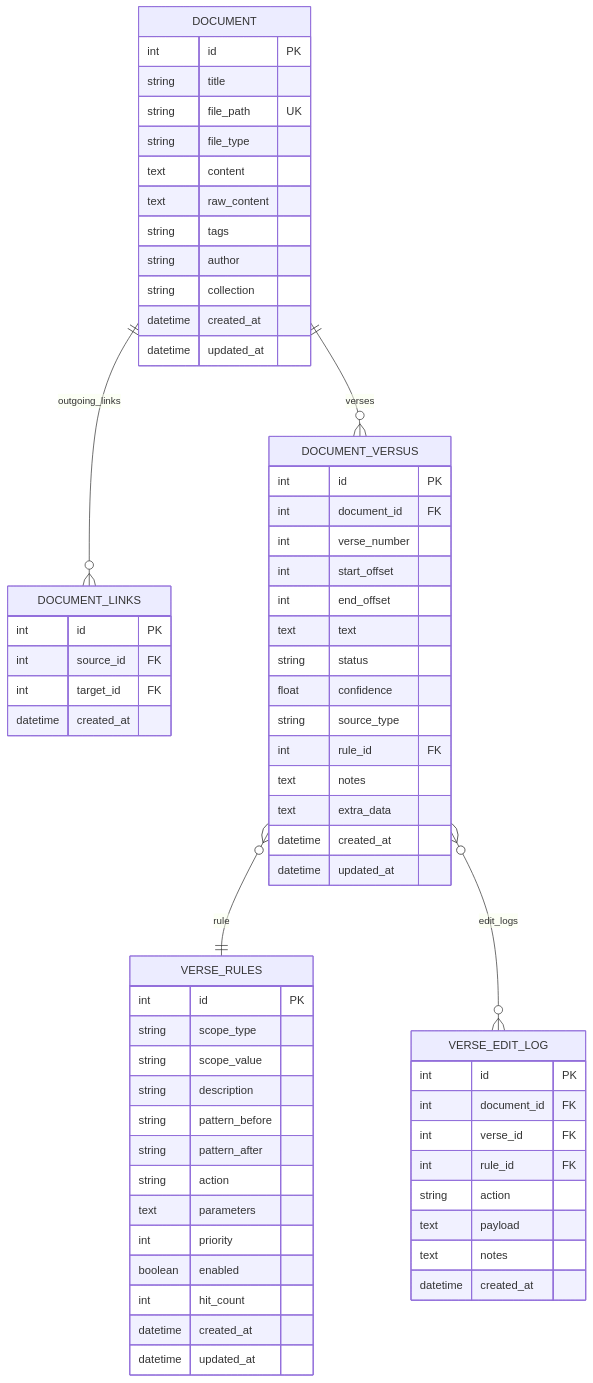
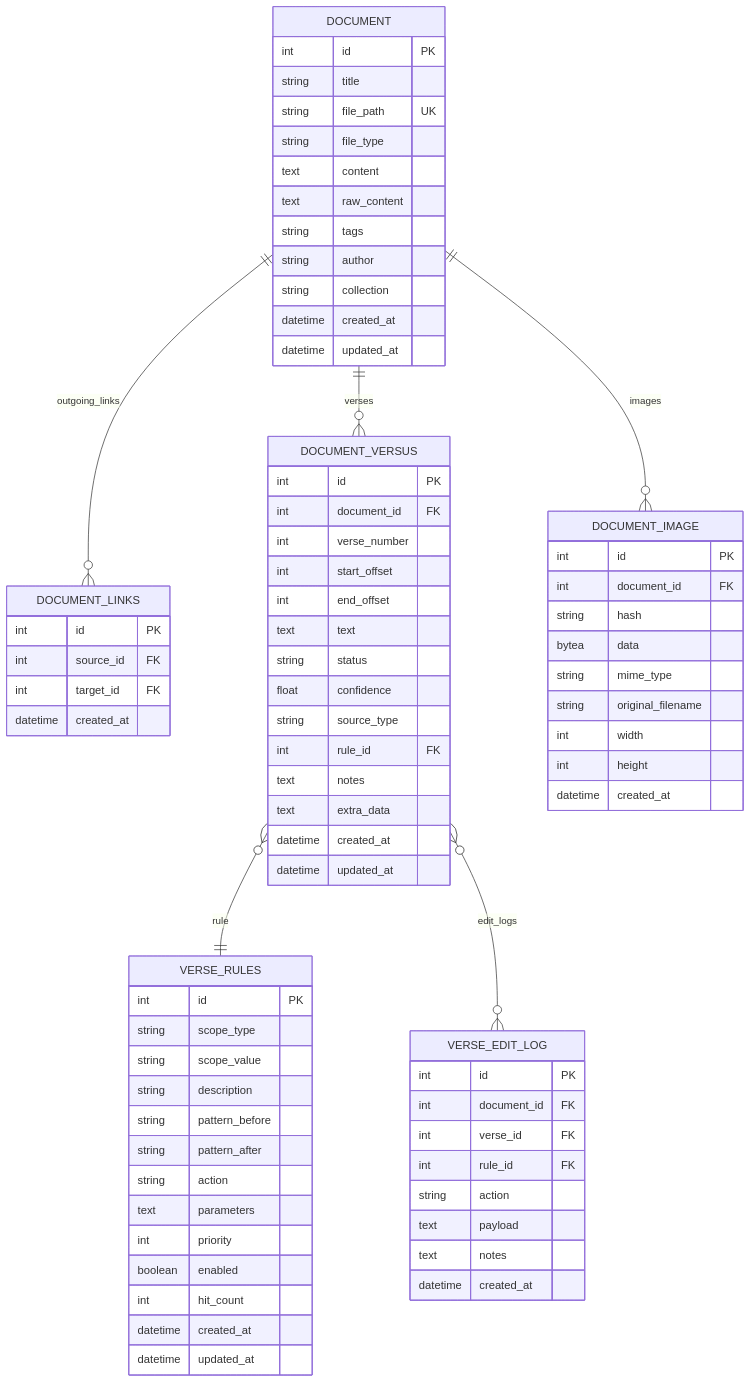
Before and after one commit to TheDaniel166/IsopGem: the eighth of 12 diagrams in .qoder/repowiki/en/content/Architecture Overview/Pillar-Based Architecture/Document Manager Pillar/Document Editing System.md, drawn with Mermaid. The commit also changed other lines of this file and 36 other files, not shown here.

````diff
--- a/.qoder/repowiki/en/content/Architecture Overview/Pillar-Based Architecture/Document Manager Pillar/Document Editing System.md
+++ b/.qoder/repowiki/en/content/Architecture Overview/Pillar-Based Architecture/Document Manager Pillar/Document Editing System.md
@@ -361,67 +377,79 @@
 ```mermaid
 erDiagram
 DOCUMENT {
 int id PK
 string title
 string file_path UK
 string file_type
 text content
 text raw_content
 string tags
 string author
 string collection
 datetime created_at
 datetime updated_at
 }
 DOCUMENT_LINKS {
 int id PK
 int source_id FK
 int target_id FK
 datetime created_at
 }
 DOCUMENT_VERSUS {
 int id PK
 int document_id FK
 int verse_number
 int start_offset
 int end_offset
 text text
 string status
 float confidence
 string source_type
 int rule_id FK
 text notes
 text extra_data
 datetime created_at
 datetime updated_at
 }
 VERSE_RULES {
 int id PK
 string scope_type
 string scope_value
 string description
 string pattern_before
 string pattern_after
 string action
 text parameters
 int priority
 boolean enabled
 int hit_count
 datetime created_at
 datetime updated_at
 }
 VERSE_EDIT_LOG {
 int id PK
 int document_id FK
 int verse_id FK
 int rule_id FK
 string action
 text payload
 text notes
 datetime created_at
 }
+DOCUMENT_IMAGE {
+int id PK
+int document_id FK
+string hash
+bytea data
+string mime_type
+string original_filename
+int width
+int height
+datetime created_at
+}
 DOCUMENT ||--o{ DOCUMENT_LINKS : "outgoing_links"
 DOCUMENT ||--o{ DOCUMENT_VERSUS : "verses"
+DOCUMENT ||--o{ DOCUMENT_IMAGE : "images"
 DOCUMENT_VERSUS }o--|| VERSE_RULES : "rule"
 DOCUMENT_VERSUS }o--o{ VERSE_EDIT_LOG : "edit_logs"
 ```
````
